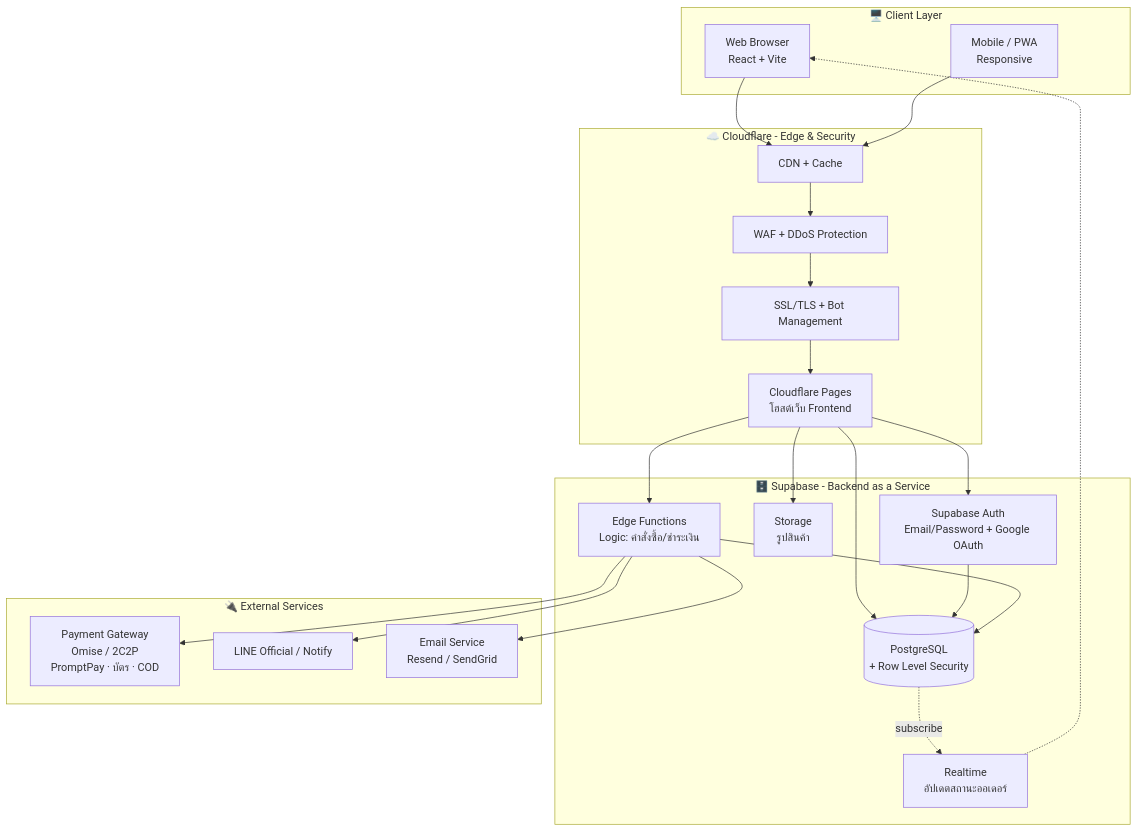
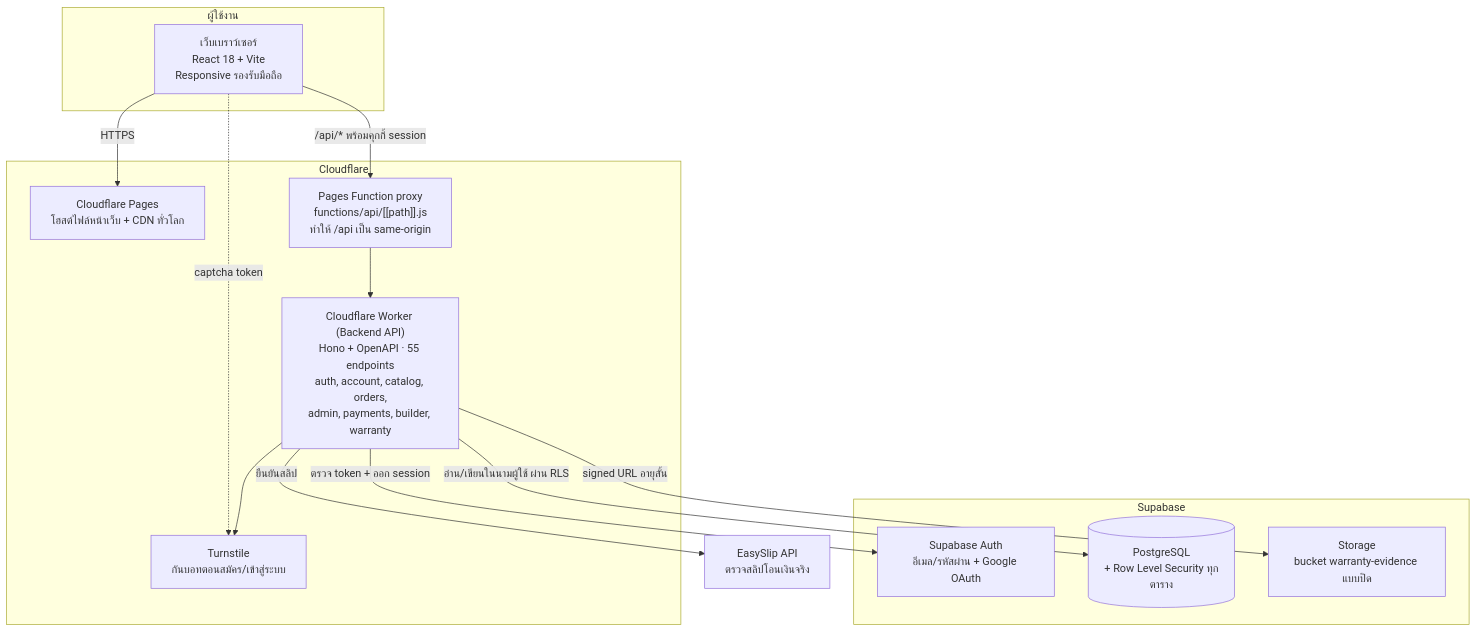
One commit to Nol2way/bm-computer changed the first of 4 diagrams in docs/architecture.md. Above: the diagram before and after it, drawn with Mermaid. The commit also changed other lines of this file and 33 other files, not shown here.

````diff
--- a/docs/architecture.md
+++ b/docs/architecture.md
@@ -13,43 +17,31 @@
 ```mermaid
 graph TB
-    subgraph Client["🖥️ Client Layer"]
-        A[Web Browser<br/>React + Vite]
-        B[Mobile / PWA<br/>Responsive]
+    subgraph Client["ผู้ใช้งาน"]
+        A["เว็บเบราว์เซอร์<br/>React 18 + Vite<br/>Responsive รองรับมือถือ"]
     end
 
-    subgraph Edge["☁️ Cloudflare - Edge & Security"]
-        C[CDN + Cache]
-        D[WAF + DDoS Protection]
-        E[SSL/TLS + Bot Management]
-        F[Cloudflare Pages<br/>โฮสต์เว็บ Frontend]
+    subgraph CF["Cloudflare"]
+        P["Cloudflare Pages<br/>โฮสต์ไฟล์หน้าเว็บ + CDN ทั่วโลก"]
+        PF["Pages Function proxy<br/>functions/api/[[path]].js<br/>ทำให้ /api เป็น same-origin"]
+        W["Cloudflare Worker (Backend API)<br/>Hono + OpenAPI · 55 endpoints<br/>auth, account, catalog, orders,<br/>admin, payments, builder, warranty"]
+        TS["Turnstile<br/>กันบอทตอนสมัคร/เข้าสู่ระบบ"]
     end
 
-    subgraph Backend["🗄️ Supabase - Backend as a Service"]
-        G[Supabase Auth<br/>Email/Password + Google OAuth]
-        H[(PostgreSQL<br/>+ Row Level Security)]
-        I[Storage<br/>รูปสินค้า]
-        J[Edge Functions<br/>Logic: คำสั่งซื้อ/ชำระเงิน]
-        K[Realtime<br/>อัปเดตสถานะออเดอร์]
+    subgraph SB["Supabase"]
+        AU["Supabase Auth<br/>อีเมล/รหัสผ่าน + Google OAuth"]
+        DB[("PostgreSQL<br/>+ Row Level Security ทุกตาราง")]
+        ST["Storage<br/>bucket warranty-evidence แบบปิด"]
     end
 
-    subgraph External["🔌 External Services"]
-        L[Payment Gateway<br/>Omise / 2C2P<br/>PromptPay · บัตร · COD]
-        M[LINE Official / Notify]
-        N[Email Service<br/>Resend / SendGrid]
-    end
+    ES["EasySlip API<br/>ตรวจสลิปโอนเงินจริง"]
 
-    A --> C
-    B --> C
-    C --> D --> E --> F
-    F --> G
-    F --> H
-    F --> I
-    F --> J
-    G --> H
-    J --> H
-    J --> L
-    J --> M
-    J --> N
-    H -.->|subscribe| K
-    K -.-> A
+    A -->|"HTTPS"| P
+    A -->|"/api/* พร้อมคุกกี้ session"| PF
+    PF --> W
+    A -.->|"captcha token"| TS
+    W --> TS
+    W -->|"ตรวจ token + ออก session"| AU
+    W -->|"อ่าน/เขียนในนามผู้ใช้ ผ่าน RLS"| DB
+    W -->|"signed URL อายุสั้น"| ST
+    W -->|"ยืนยันสลิป"| ES
 ```
````
